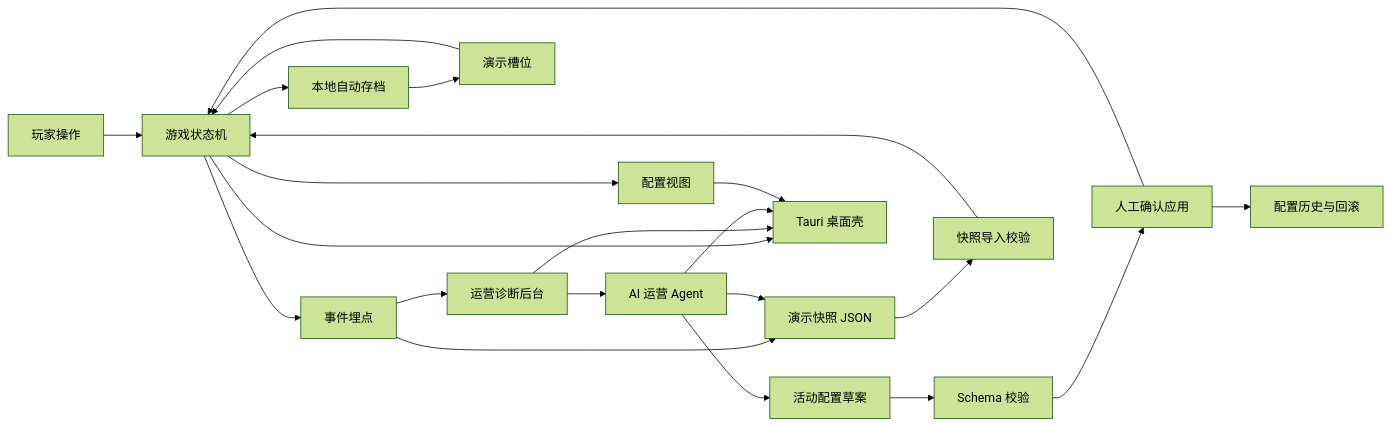
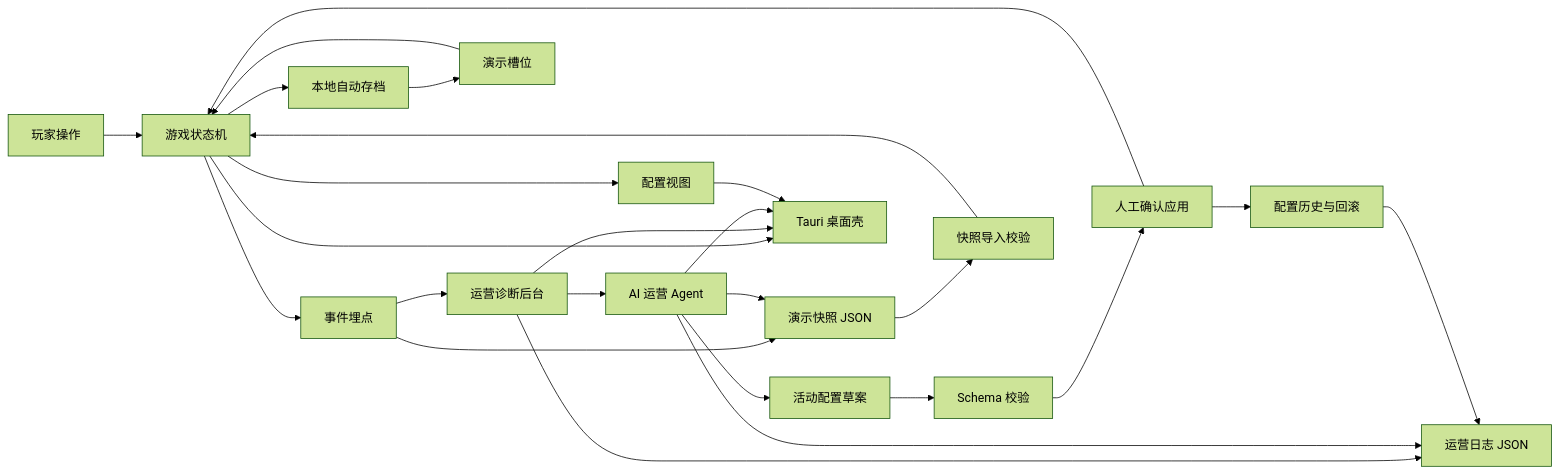
The diagram in docs/Architecture.md (Ey1afjalla/second-game), drawn with Mermaid (forest theme) before and after one commit. The commit also changed other lines of this file and 8 other files, not shown here.

Commit message:
feat: add local ops log export

````diff
--- a/docs/Architecture.md
+++ b/docs/Architecture.md
@@ -7,24 +7,27 @@
 ```mermaid
 flowchart LR
   Player["玩家操作"] --> Game["游戏状态机"]
   Game --> Events["事件埋点"]
   Events --> Ops["运营诊断后台"]
   Ops --> Agent["AI 运营 Agent"]
   Game --> Config["配置视图"]
   Agent --> Draft["活动配置草案"]
   Draft --> Validate["Schema 校验"]
   Validate --> Apply["人工确认应用"]
   Apply --> Game
   Apply --> History["配置历史与回滚"]
   Game --> LocalSave["本地自动存档"]
   LocalSave --> Slots["演示槽位"]
   Slots --> Game
   Events --> Snapshot["演示快照 JSON"]
   Agent --> Snapshot
+  Ops --> OpsLog["运营日志 JSON"]
+  Agent --> OpsLog
+  History --> OpsLog
   Snapshot --> Import["快照导入校验"]
   Import --> Game
   Game --> Tauri["Tauri 桌面壳"]
   Ops --> Tauri
   Agent --> Tauri
   Config --> Tauri
 ```
````
